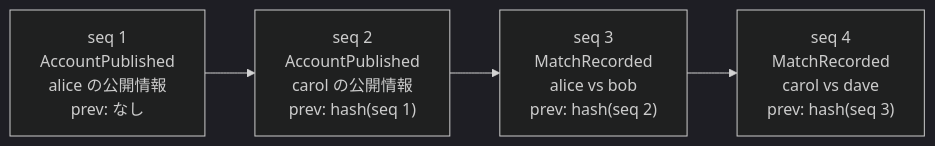
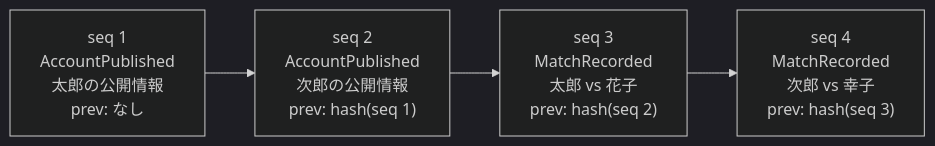
The third of 8 diagrams in docs/architecture/federation-walkthrough.md (tacky0612/smash-hub), drawn with Mermaid (dark theme) before and after one commit. The commit also changed other lines of this file and 81 other files, not shown here.

````diff
--- a/docs/architecture/federation-walkthrough.md
+++ b/docs/architecture/federation-walkthrough.md
@@ -87,8 +87,8 @@
 ```mermaid
 flowchart LR
-  E1["seq 1<br/>AccountPublished<br/>alice の公開情報<br/>prev: なし"]
-  E2["seq 2<br/>AccountPublished<br/>carol の公開情報<br/>prev: hash(seq 1)"]
-  E3["seq 3<br/>MatchRecorded<br/>alice vs bob<br/>prev: hash(seq 2)"]
-  E4["seq 4<br/>MatchRecorded<br/>carol vs dave<br/>prev: hash(seq 3)"]
+  E1["seq 1<br/>AccountPublished<br/>太郎の公開情報<br/>prev: なし"]
+  E2["seq 2<br/>AccountPublished<br/>次郎の公開情報<br/>prev: hash(seq 1)"]
+  E3["seq 3<br/>MatchRecorded<br/>太郎 vs 花子<br/>prev: hash(seq 2)"]
+  E4["seq 4<br/>MatchRecorded<br/>次郎 vs 幸子<br/>prev: hash(seq 3)"]
   E1 --> E2 --> E3 --> E4
 ```
````
